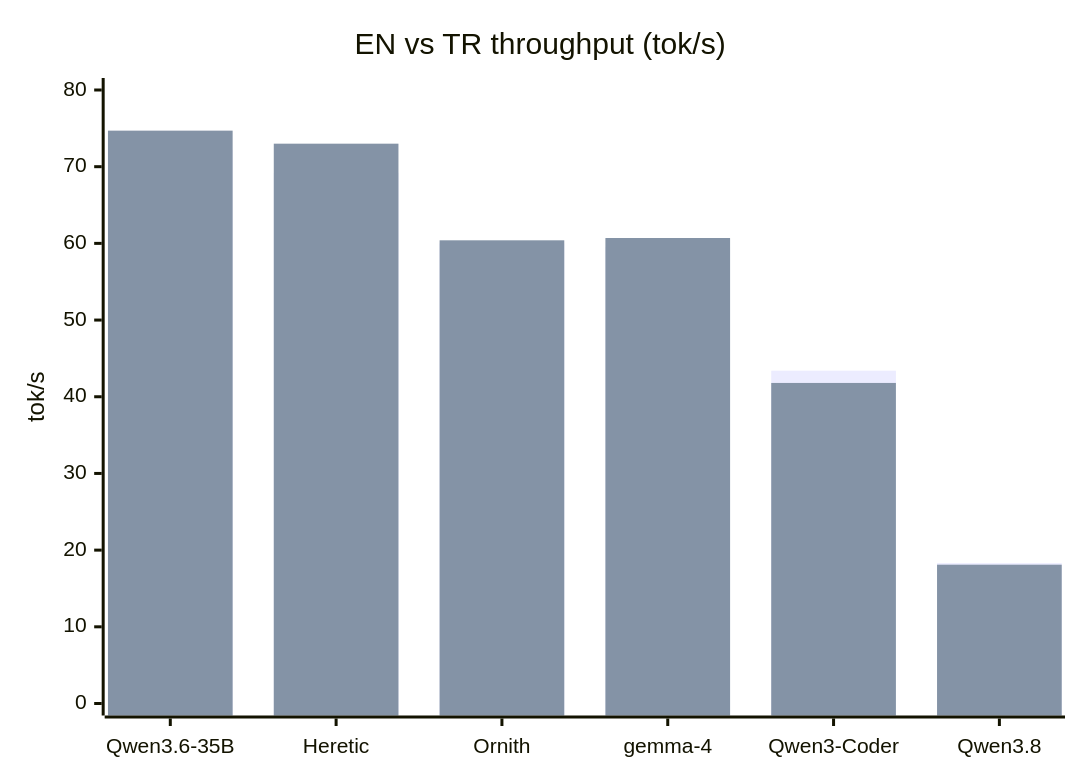
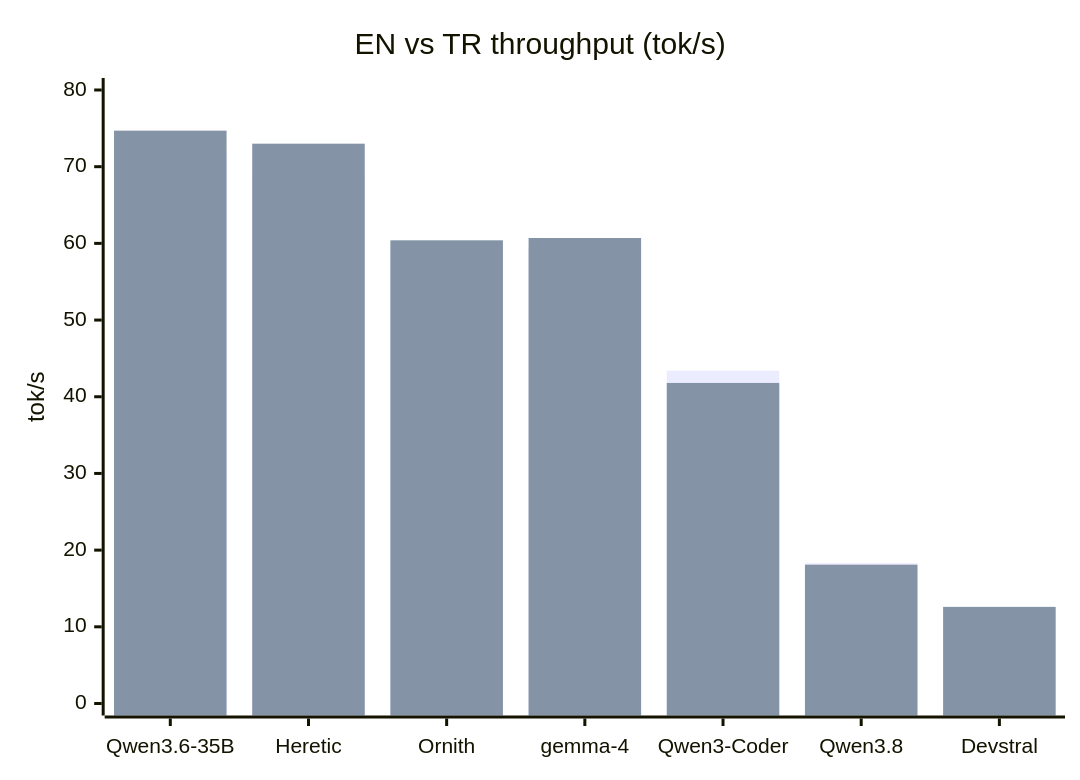
One commit to mahirfatih/omlx-m1-max-benchmark changed the second of 4 diagrams in README.md. Above: the diagram before and after it, drawn with Mermaid. The commit also changed other lines of this file and 4 other files, not shown here.

````diff
--- a/README.md
+++ b/README.md
@@ -130,8 +132,8 @@
 ```mermaid
 xychart-beta
     title "EN vs TR throughput (tok/s)"
-    x-axis ["Qwen3.6-35B", "Heretic", "Ornith", "gemma-4", "Qwen3-Coder", "Qwen3.8"]
+    x-axis ["Qwen3.6-35B", "Heretic", "Ornith", "gemma-4", "Qwen3-Coder", "Qwen3.8", "Devstral"]
     y-axis "tok/s" 0 --> 80
-    bar [72.2, 69.2, 60.0, 59.5, 43.4, 18.3]
-    bar [74.7, 73.0, 60.4, 60.7, 41.8, 18.1]
+    bar [72.2, 69.2, 60.0, 59.5, 43.4, 18.3, 12.3]
+    bar [74.7, 73.0, 60.4, 60.7, 41.8, 18.1, 12.6]
 ```
````
